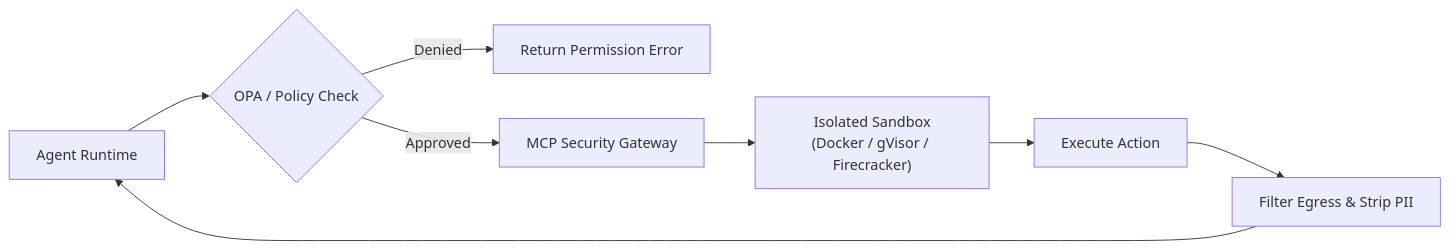
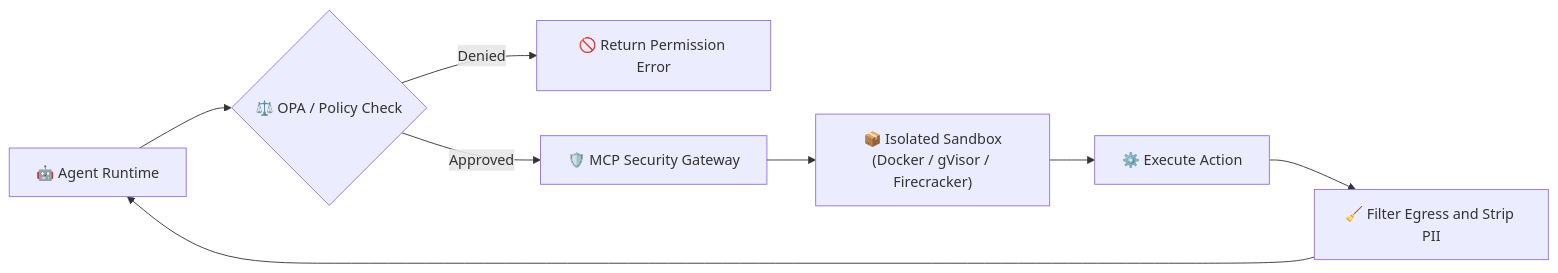
One commit to dip4k/senior-engineer-to-ai-engineer-roadmap changed the fifth of 11 diagrams in ai-platform-and-agent-infrastructure-roadmap.md. Above: the diagram before and after it, drawn with Mermaid. The commit also changed other lines of this file and 94 other files, not shown here.

Commit message:
refactor(curriculum): complete Phase 04 upgrade and enforce diagram renderer invariants

````diff
--- a/ai-platform-and-agent-infrastructure-roadmap.md
+++ b/ai-platform-and-agent-infrastructure-roadmap.md
@@ -220,10 +219,10 @@
 ```mermaid
 flowchart LR
-    Agent["Agent Runtime"] --> Policy{"OPA / Policy Check"}
-    Policy -->|"Denied"| Reject["Return Permission Error"]
-    Policy -->|"Approved"| MCPProxy["MCP Security Gateway"]
-    MCPProxy --> MicroVM["Isolated Sandbox<br>(Docker / gVisor / Firecracker)"]
-    MicroVM --> ToolRun["Execute Action"]
-    ToolRun --> Sanitize["Filter Egress & Strip PII"]
+    Agent["🤖 Agent Runtime"] --> Policy{"⚖️ OPA / Policy Check"}
+    Policy -->|"Denied"| Reject["🚫 Return Permission Error"]
+    Policy -->|"Approved"| MCPProxy["🛡️ MCP Security Gateway"]
+    MCPProxy --> MicroVM["📦 Isolated Sandbox<br>(Docker / gVisor / Firecracker)"]
+    MicroVM --> ToolRun["⚙️ Execute Action"]
+    ToolRun --> Sanitize["🧹 Filter Egress and Strip PII"]
     Sanitize --> Agent
 ```
````
